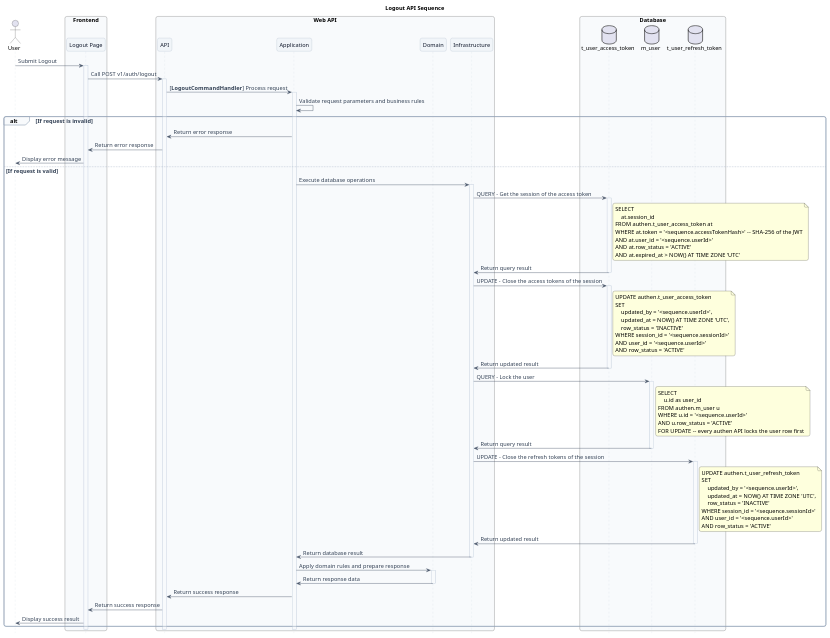
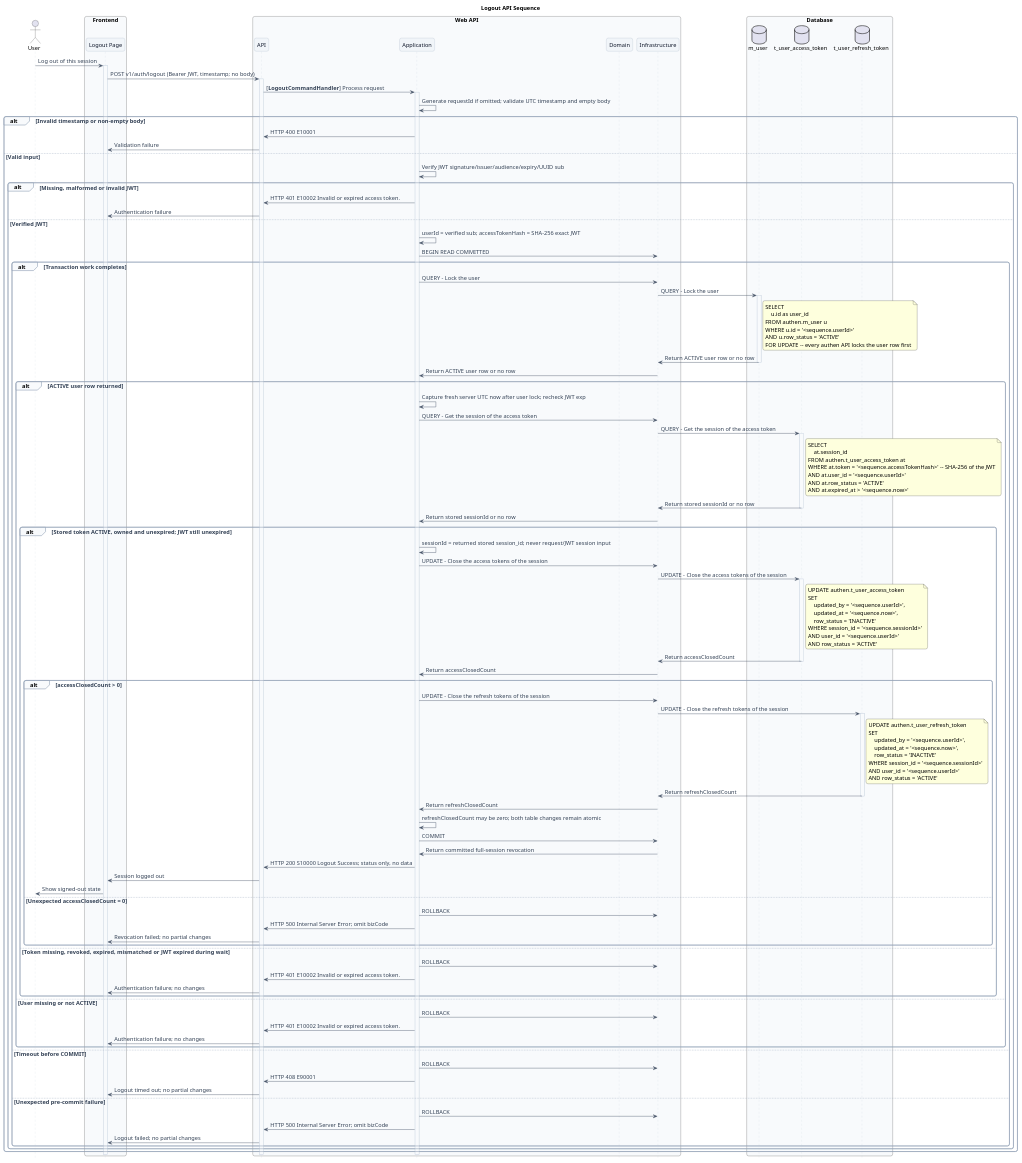
One commit to ittikornsopawan/system-analysis-and-design changed the diagram in e-commerce/doc/api/authen-and-author/06-logout/sequence.wsd. Above: the diagram before and after it, drawn with PlantUML. The commit also changed 3 other files, not shown here.

First line of the commit message:
fix(authen): serialize logout and revoke the full session

```diff
--- a/e-commerce/doc/api/authen-and-author/06-logout/sequence.wsd
+++ b/e-commerce/doc/api/authen-and-author/06-logout/sequence.wsd
@@ -1,135 +1,163 @@
-@startuml Logout Sequence
+@startuml Logout
 
 title Logout API Sequence
+
+' Leading SQL apostrophes use &#39; so PlantUML preserves literals; parity compares decoded SQL.
 
 ' Visual style
 skinparam defaultFontName "Sarabun"
 skinparam defaultFontSize 14
 skinparam backgroundColor #FFFFFF
 skinparam shadowing false
 skinparam roundcorner 10
 skinparam sequence {
     ArrowColor #475569
     ArrowFontColor #334155
     LifeLineBorderColor #CBD5E1
     LifeLineBackgroundColor #F8FAFC
     ParticipantBorderColor #94A3B8
     ParticipantBackgroundColor #F1F5F9
     ParticipantFontColor #0F172A
     GroupBorderColor #94A3B8
     GroupBackgroundColor #F8FAFC
     GroupFontColor #334155
 }
 
 ' Do not show participant footers at the bottom of the diagram
 hide footbox
-
-
 actor "User" as user
-
 box "Frontend" #F8FAFC
     participant "Logout Page" as page
 end box
-
 box "Web API" #F8FAFC
     participant "API" as api
     participant "Application" as app
     participant "Domain" as domain
     participant "Infrastructure" as infra
 end box
-
 box "Database" #F8FAFC
+    database "m_user" as m_user
     database "t_user_access_token" as t_user_access_token
-    database "m_user" as m_user
     database "t_user_refresh_token" as t_user_refresh_token
 end box
-
-user -> page: Submit Logout
-
+user -> page: Log out of this session
 activate page
-    page -> api: Call POST v1/auth/logout
-    activate api
-        api -> app: [**LogoutCommandHandler**] Process request
-        activate app
-            app -> app: Validate request parameters and business rules
-            alt If request is invalid
-                app -> api: Return error response
-                api -> page: Return error response
-                page -> user: Display error message
-            else If request is valid
-                app -> infra: Execute database operations
-                activate infra
-                    infra -> t_user_access_token: QUERY - Get the session of the access token
-                    activate t_user_access_token
-                        note right of t_user_access_token
-                            SELECT
-                                at.session_id
-                            FROM authen.t_user_access_token at
-                            WHERE at.token = '<sequence.accessTokenHash>' -- SHA-256 of the JWT
-                            AND at.user_id = '<sequence.userId>'
-                            AND at.row_status = 'ACTIVE'
-                            AND at.expired_at > NOW() AT TIME ZONE 'UTC'
-                        end note
-                        t_user_access_token -> infra: Return query result
-                    deactivate t_user_access_token
-
+page -> api: POST v1/auth/logout (Bearer JWT, timestamp; no body)
+activate api
+api -> app: [**LogoutCommandHandler**] Process request
+activate app
+app -> app: Generate requestId if omitted; validate UTC timestamp and empty body
+alt Invalid timestamp or non-empty body
+    app -> api: HTTP 400 E10001
+    api -> page: Validation failure
+else Valid input
+    app -> app: Verify JWT signature/issuer/audience/expiry/UUID sub
+    alt Missing, malformed or invalid JWT
+        app -> api: HTTP 401 E10002 Invalid or expired access token.
+        api -> page: Authentication failure
+    else Verified JWT
+        app -> app: userId = verified sub; accessTokenHash = SHA-256 exact JWT
+        app -> infra: BEGIN READ COMMITTED
+        alt Transaction work completes
+            app -> infra: QUERY - Lock the user
+            infra -> m_user: QUERY - Lock the user
+            activate m_user
+                note right of m_user
+                    SELECT
+                        u.id as user_id
+                    FROM authen.m_user u
+                    WHERE u.id = '<sequence.userId>'
+                    AND u.row_status = 'ACTIVE'
+                    FOR UPDATE -- every authen API locks the user row first
+                end note
+                m_user -> infra: Return ACTIVE user row or no row
+            deactivate m_user
+            infra -> app: Return ACTIVE user row or no row
+            alt ACTIVE user row returned
+                app -> app: Capture fresh server UTC now after user lock; recheck JWT exp
+                app -> infra: QUERY - Get the session of the access token
+                infra -> t_user_access_token: QUERY - Get the session of the access token
+                activate t_user_access_token
+                    note right of t_user_access_token
+                        SELECT
+                            at.session_id
+                        FROM authen.t_user_access_token at
+                        WHERE at.token = '<sequence.accessTokenHash>' -- SHA-256 of the JWT
+                        AND at.user_id = '<sequence.userId>'
+                        AND at.row_status = 'ACTIVE'
+                        AND at.expired_at > '<sequence.now>'
+                    end note
+                    t_user_access_token -> infra: Return stored sessionId or no row
+                deactivate t_user_access_token
+                infra -> app: Return stored sessionId or no row
+                alt Stored token ACTIVE, owned and unexpired; JWT still unexpired
+                    app -> app: sessionId = returned stored session_id; never request/JWT session input
+                    app -> infra: UPDATE - Close the access tokens of the session
                     infra -> t_user_access_token: UPDATE - Close the access tokens of the session
                     activate t_user_access_token
                         note right of t_user_access_token
                             UPDATE authen.t_user_access_token
                             SET
                                 updated_by = '<sequence.userId>',
-                                updated_at = NOW() AT TIME ZONE 'UTC',
+                                updated_at = '<sequence.now>',
                                 row_status = 'INACTIVE'
                             WHERE session_id = '<sequence.sessionId>'
                             AND user_id = '<sequence.userId>'
                             AND row_status = 'ACTIVE'
                         end note
-                        t_user_access_token -> infra: Return updated result
+                        t_user_access_token -> infra: Return accessClosedCount
                     deactivate t_user_access_token
-
-                    infra -> m_user: QUERY - Lock the user
-                    activate m_user
-                        note right of m_user
-                            SELECT
-                                u.id as user_id
-                            FROM authen.m_user u
-                            WHERE u.id = '<sequence.userId>'
-                            AND u.row_status = 'ACTIVE'
-                            FOR UPDATE -- every authen API locks the user row first
-                        end note
-                        m_user -> infra: Return query result
-                    deactivate m_user
-
-                    infra -> t_user_refresh_token: UPDATE - Close the refresh tokens of the session
-                    activate t_user_refresh_token
-                        note right of t_user_refresh_token
-                            UPDATE authen.t_user_refresh_token
-                            SET
-                                updated_by = '<sequence.userId>',
-                                updated_at = NOW() AT TIME ZONE 'UTC',
-                                row_status = 'INACTIVE'
-                            WHERE session_id = '<sequence.sessionId>'
-                            AND user_id = '<sequence.userId>'
-                            AND row_status = 'ACTIVE'
-                        end note
-                        t_user_refresh_token -> infra: Return updated result
-                    deactivate t_user_refresh_token
-
-                    infra -> app: Return database result
-                deactivate infra
-
-                app -> domain: Apply domain rules and prepare response
-                activate domain
-                    domain -> app: Return response data
-                deactivate domain
-
-                app -> api: Return success response
-                api -> page: Return success response
-                page -> user: Display success result
-            end alt
-        deactivate app
-    deactivate api
+                    infra -> app: Return accessClosedCount
+                    alt accessClosedCount > 0
+                        app -> infra: UPDATE - Close the refresh tokens of the session
+                        infra -> t_user_refresh_token: UPDATE - Close the refresh tokens of the session
+                        activate t_user_refresh_token
+                            note right of t_user_refresh_token
+                                UPDATE authen.t_user_refresh_token
+                                SET
+                                    updated_by = '<sequence.userId>',
+                                    updated_at = '<sequence.now>',
+                                    row_status = 'INACTIVE'
+                                WHERE session_id = '<sequence.sessionId>'
+                                AND user_id = '<sequence.userId>'
+                                AND row_status = 'ACTIVE'
+                            end note
+                            t_user_refresh_token -> infra: Return refreshClosedCount
+                        deactivate t_user_refresh_token
+                        infra -> app: Return refreshClosedCount
+                        app -> app: refreshClosedCount may be zero; both table changes remain atomic
+                        app -> infra: COMMIT
+                        infra -> app: Return committed full-session revocation
+                        app -> api: HTTP 200 S10000 Logout Success; status only, no data
+                        api -> page: Session logged out
+                        page -> user: Show signed-out state
+                    else Unexpected accessClosedCount = 0
+                        app -> infra: ROLLBACK
+                        app -> api: HTTP 500 Internal Server Error; omit bizCode
+                        api -> page: Revocation failed; no partial changes
+                    end
+                else Token missing, revoked, expired, mismatched or JWT expired during wait
+                    app -> infra: ROLLBACK
+                    app -> api: HTTP 401 E10002 Invalid or expired access token.
+                    api -> page: Authentication failure; no changes
+                end
+            else User missing or not ACTIVE
+                app -> infra: ROLLBACK
+                app -> api: HTTP 401 E10002 Invalid or expired access token.
+                api -> page: Authentication failure; no changes
+            end
+        else Timeout before COMMIT
+            app -> infra: ROLLBACK
+            app -> api: HTTP 408 E90001
+            api -> page: Logout timed out; no partial changes
+        else Unexpected pre-commit failure
+            app -> infra: ROLLBACK
+            app -> api: HTTP 500 Internal Server Error; omit bizCode
+            api -> page: Logout failed; no partial changes
+        end
+    end
+end
+deactivate app
+deactivate api
 deactivate page
-
 @enduml
```
